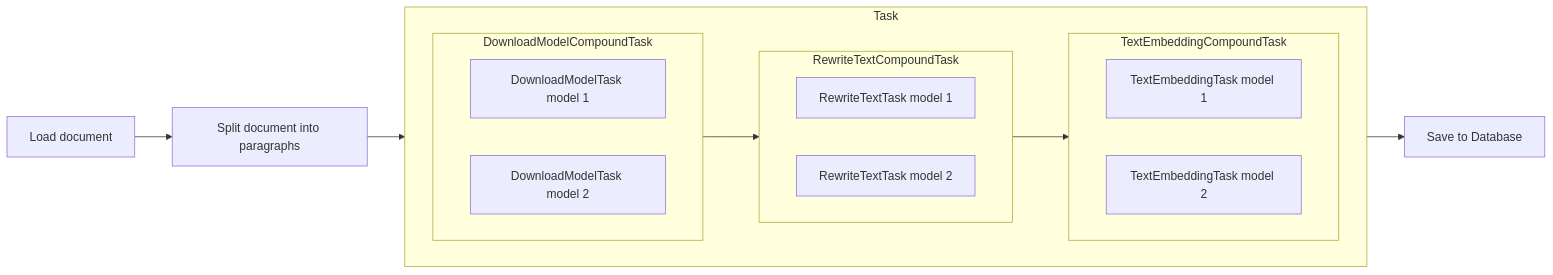
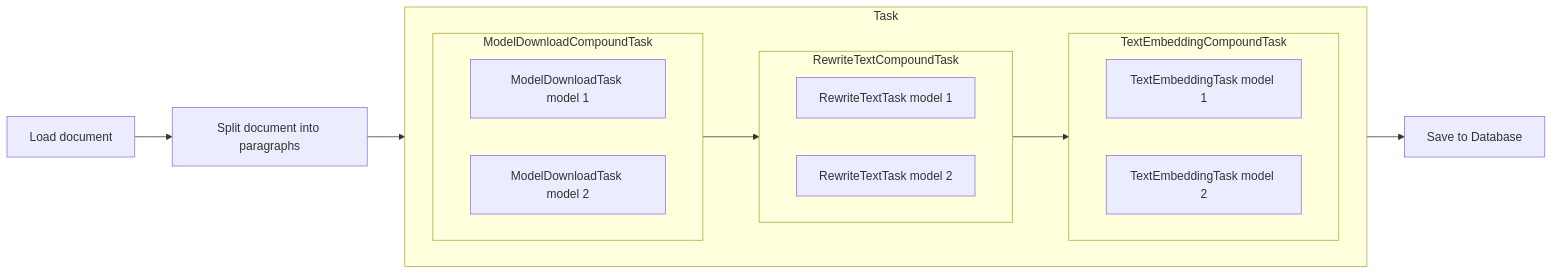
The first of 5 diagrams in docs/developers/02_architecture.md (sroussey/ellmers), drawn with Mermaid before and after one commit. The commit also changed other lines of this file and 263 other files, not shown here.

````diff
--- a/docs/developers/02_architecture.md
+++ b/docs/developers/02_architecture.md
@@ -75,30 +75,30 @@
 ```mermaid
 
 flowchart LR
   subgraph Task
     direction LR
-    subgraph DownloadModelCompoundTask
+    subgraph ModelDownloadCompoundTask
         direction LR
-        DownloadModelTask_1[DownloadModelTask model 1]
-        DownloadModelTask_2[DownloadModelTask model 2]
+        ModelDownloadTask_1[ModelDownloadTask model 1]
+        ModelDownloadTask_2[ModelDownloadTask model 2]
     end
     subgraph RewriteTextCompoundTask
         direction LR
         RewriteTextTask1[RewriteTextTask model 1]
         RewriteTextTask2[RewriteTextTask model 2]
     end
     subgraph TextEmbeddingCompoundTask
         direction LR
         TextEmbeddingTask1[TextEmbeddingTask model 1]
         TextEmbeddingTask2[TextEmbeddingTask model 2]
     end
   end
 
   A[Load document] --> B[Split document into paragraphs]
   B --> Task
-  DownloadModelCompoundTask --> RewriteTextCompoundTask
+  ModelDownloadCompoundTask --> RewriteTextCompoundTask
   RewriteTextCompoundTask --> TextEmbeddingCompoundTask
   Task --> C[Save to Database]
 
 
 ```
````
